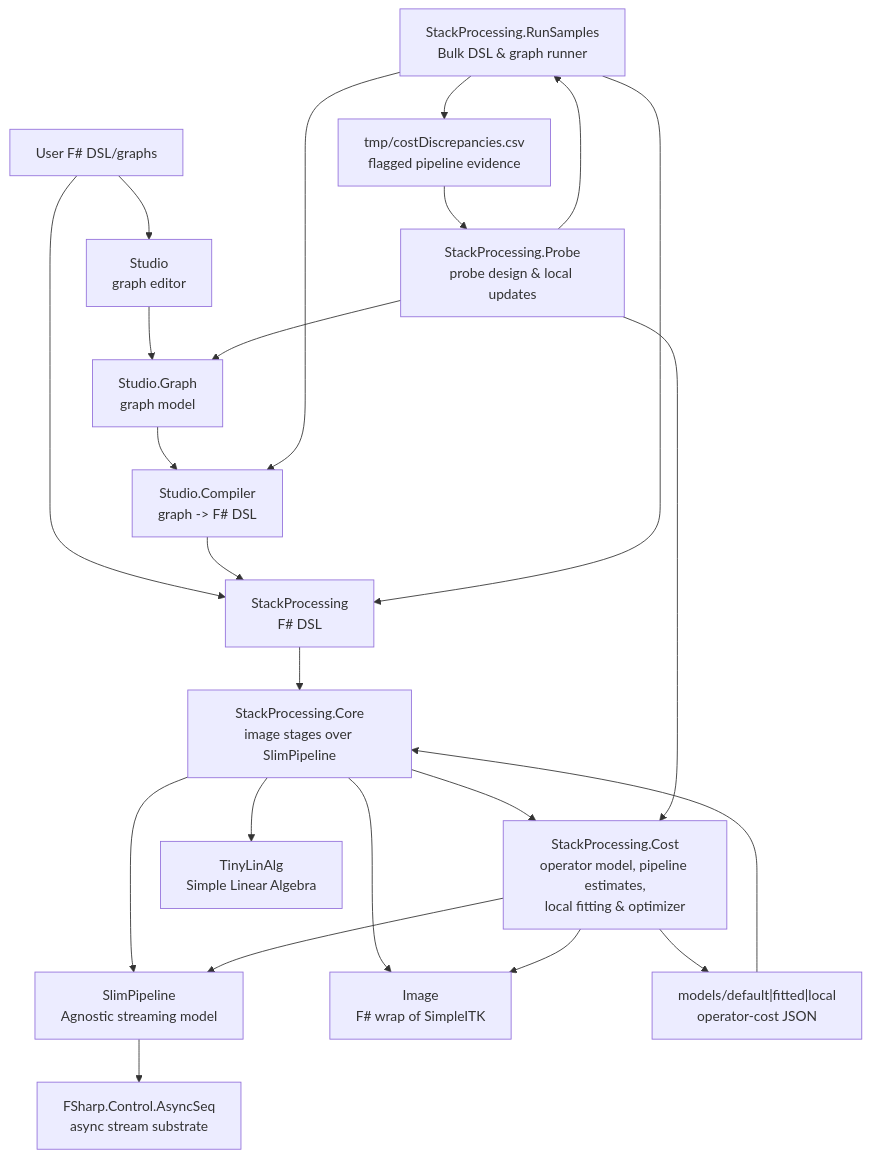
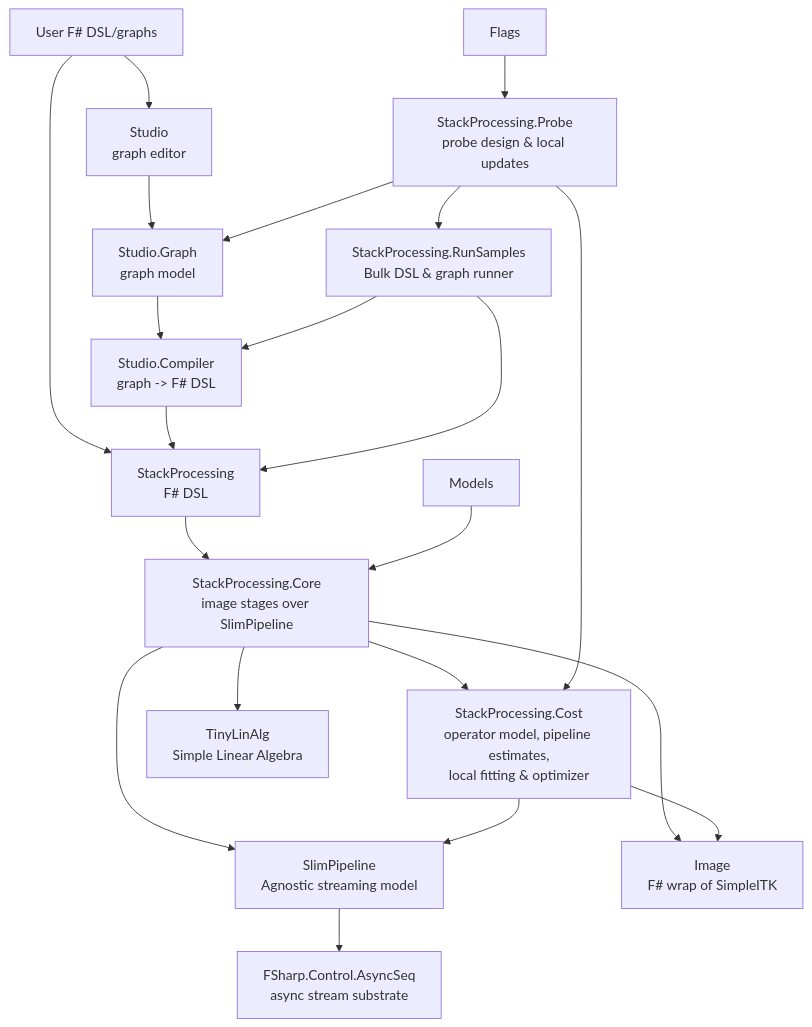
Before and after one commit to sporring/stackProcessing: the diagram in README.md, drawn with Mermaid.

````diff
--- a/README.md
+++ b/README.md
@@ -366,43 +366,39 @@
 ```mermaid
 flowchart TD
     UserFSharp["User F# DSL/graphs"]
     Studio["Studio\ngraph editor"]
     StudioGraph["Studio.Graph\ngraph model"]
     StudioCompiler["Studio.Compiler\ngraph -> F# DSL"]
     StackProcessing["StackProcessing\nF# DSL"]
     Cost["StackProcessing.Cost\noperator model, pipeline estimates,\nlocal fitting & optimizer"]
     Core["StackProcessing.Core\nimage stages over SlimPipeline"]
     Slim["SlimPipeline\nAgnostic streaming model"]
     AsyncSeq["FSharp.Control.AsyncSeq\nasync stream substrate"]
     Image["Image\nF# wrap of SimpleITK"]
     TinyLinAlg["TinyLinAlg\nSimple Linear Algebra"]
     RunSamples["StackProcessing.RunSamples\nBulk DSL & graph runner"]
     Probe["StackProcessing.Probe\nprobe design & local updates"]
-    Models["models/default|fitted|local\noperator-cost JSON"]
-    Flags["tmp/costDiscrepancies.csv\nflagged pipeline evidence"]
 
     UserFSharp --> StackProcessing
     UserFSharp --> Studio
     Studio --> StudioGraph
     StudioGraph --> StudioCompiler
     StudioCompiler --> StackProcessing
 
     StackProcessing --> Core
     Core --> Cost
     Core --> Slim
     Core --> Image
     Core --> TinyLinAlg
     Cost --> Slim
     Cost --> Image
     Slim --> AsyncSeq
 
     RunSamples --> StudioCompiler
     RunSamples --> StackProcessing
-    RunSamples --> Flags
     Flags --> Probe
     Probe --> RunSamples
     Probe --> StudioGraph
     Probe --> Cost
-    Cost --> Models
     Models --> Core
 ```
````
